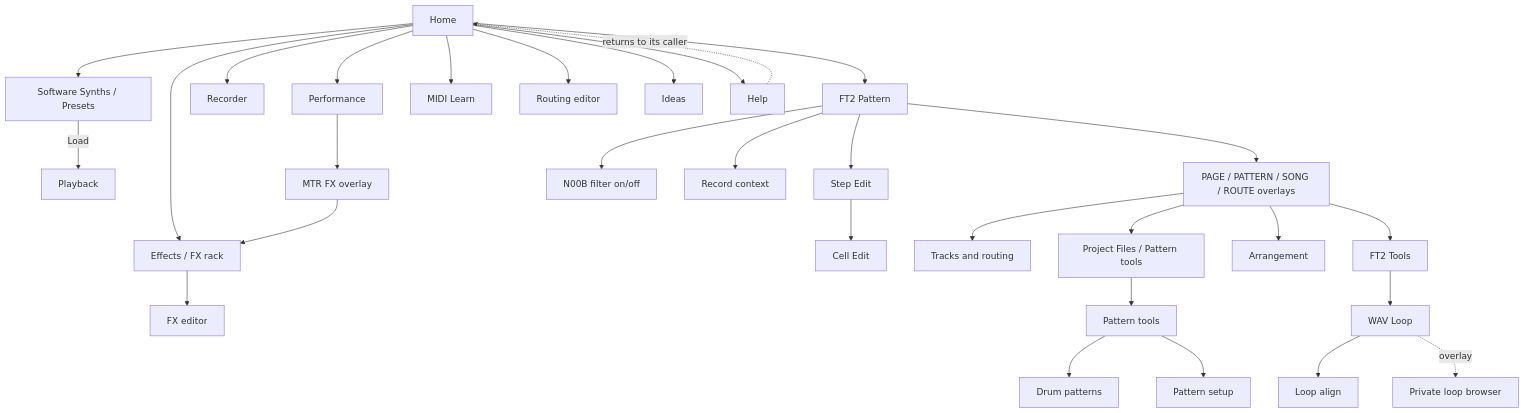
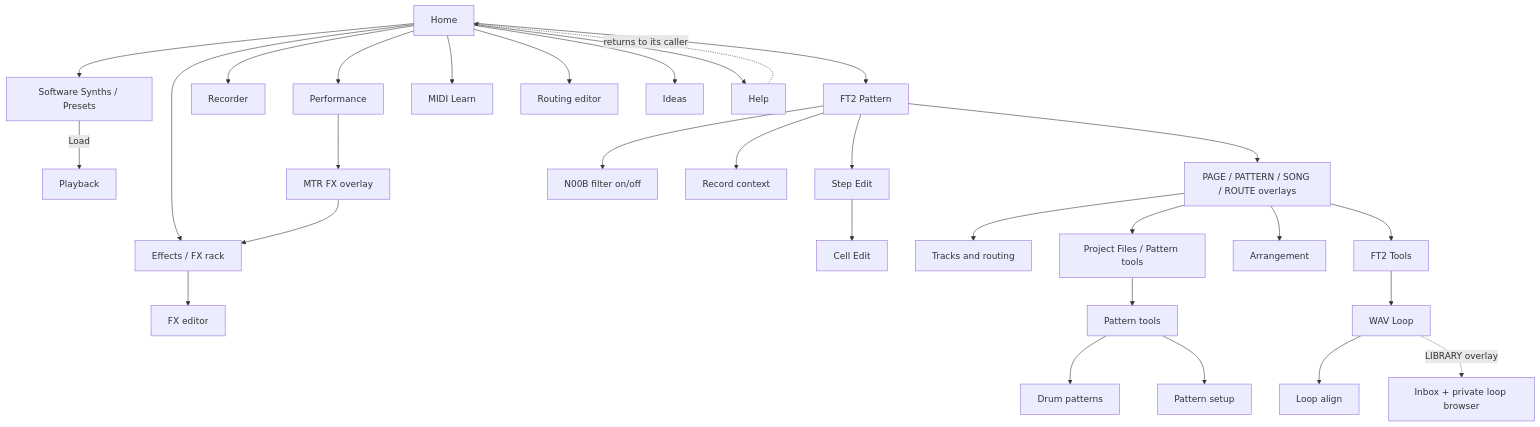
Before and after one commit to PaolaShultz/shr-daw: the diagram in docs/MENU_MANUAL.md, drawn with Mermaid. The commit also changed other lines of this file and 145 other files, not shown here.

````diff
--- a/docs/MENU_MANUAL.md
+++ b/docs/MENU_MANUAL.md
@@ -69,32 +64,32 @@
 ```mermaid
 flowchart TD
     H0[Home] --> P[Software Synths / Presets]
     H0 --> T[FT2 Pattern]
     H0 --> A[Recorder]
     H0 --> M[Performance]
     H0 --> ML[MIDI Learn]
     H0 --> RTE[Routing editor]
     H0 --> FX[Effects / FX rack]
     H0 --> I[Ideas]
     H0 --> H[Help]
     P -->|Load| PB[Playback]
     M --> MO[MTR FX overlay]
     MO --> FX
     FX --> FE[FX editor]
     T --> ON[PAGE / PATTERN / SONG / ROUTE overlays]
     T --> N[N00B filter on/off]
     T --> R[Record context]
     T --> E[Step Edit]
     E --> CE[Cell Edit]
     ON --> TR[Tracks and routing]
     ON --> F[Project Files / Pattern tools]
     ON --> AR[Arrangement]
     ON --> TT[FT2 Tools]
     TT --> L[WAV Loop]
     F --> PT[Pattern tools]
     PT --> D[Drum patterns]
     PT --> PS[Pattern setup]
     L --> LA[Loop align]
-    L -. overlay .-> LL[Private loop browser]
+    L -. LIBRARY overlay .-> LL[Inbox + private loop browser]
     H -. returns to its caller .-> H0
 ```
````
